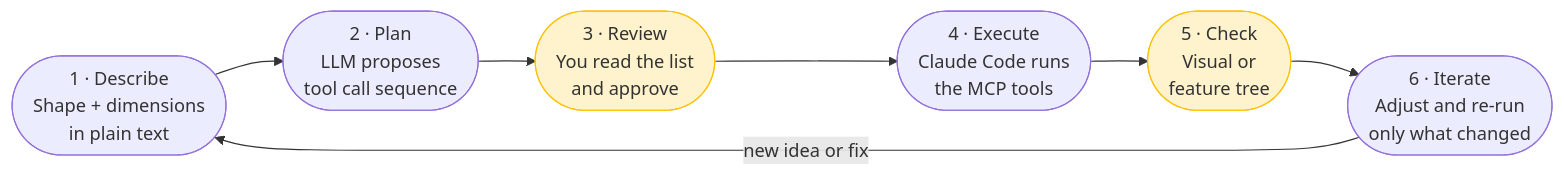
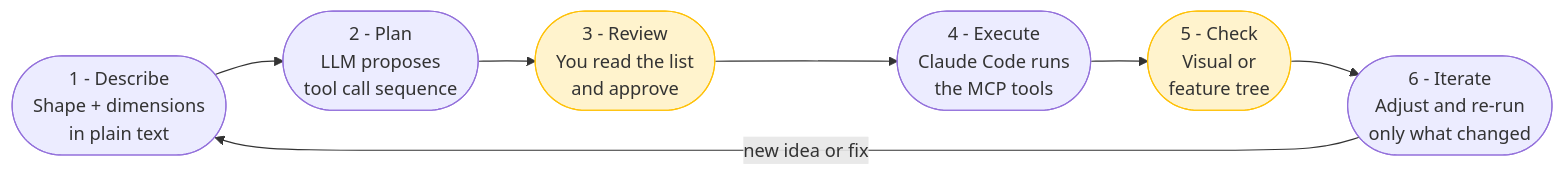
The diagram in docs/agents/ai-assisted-design-workflow.md (andrewbartels1/SolidworksMCP-python), drawn with Mermaid before and after one commit. The commit also changed 6 other files, not shown here.

Commit message:
fix(docs): stabilize mermaid rendering in local docs preview

````diff
--- a/docs/agents/ai-assisted-design-workflow.md
+++ b/docs/agents/ai-assisted-design-workflow.md
@@ -30,15 +30,15 @@
 ```mermaid
 flowchart LR
-    D(["1 · Describe\nShape + dimensions\nin plain text"])
-    P(["2 · Plan\nLLM proposes\ntool call sequence"])
-    R(["3 · Review\nYou read the list\nand approve"])
-    E(["4 · Execute\nClaude Code runs\nthe MCP tools"])
-    C(["5 · Check\nVisual or\nfeature tree"])
-    I(["6 · Iterate\nAdjust and re-run\nonly what changed"])
+    D(["1 - Describe<br/>Shape + dimensions<br/>in plain text"])
+    P(["2 - Plan<br/>LLM proposes<br/>tool call sequence"])
+    R(["3 - Review<br/>You read the list<br/>and approve"])
+    E(["4 - Execute<br/>Claude Code runs<br/>the MCP tools"])
+    C(["5 - Check<br/>Visual or<br/>feature tree"])
+    I(["6 - Iterate<br/>Adjust and re-run<br/>only what changed"])
 
     D --> P --> R --> E --> C --> I
-    I -->|"new idea or fix"| D
+    I -->|new idea or fix| D
 
     style R fill:#fff3cd,stroke:#ffc107
     style C fill:#fff3cd,stroke:#ffc107
 ```
````
